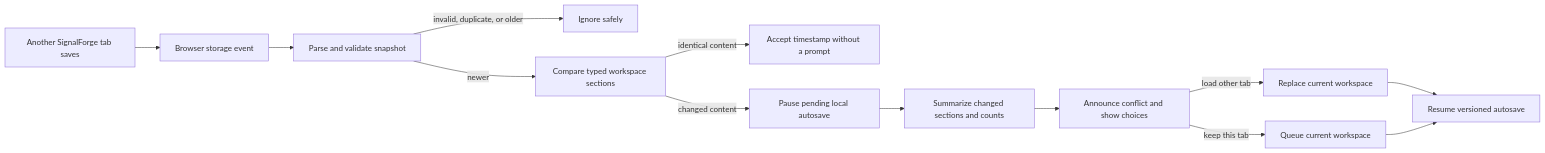
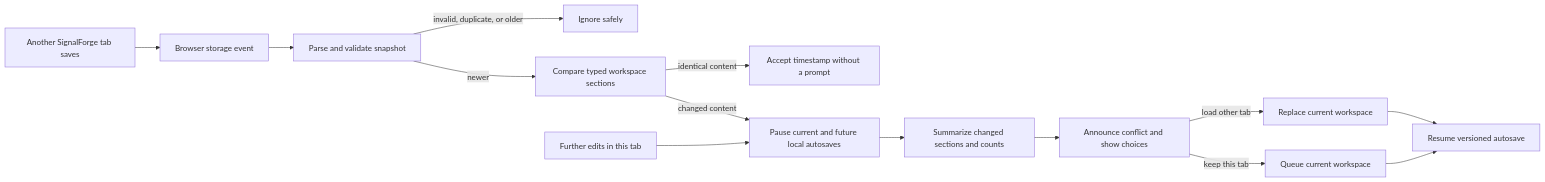
Before and after one commit to ASKR04/JavaScript: diagram 14 of 15 in signalforge/docs/architecture.md, drawn with Mermaid. The commit also changed other lines of this file and 6 other files, not shown here.

````diff
--- a/signalforge/docs/architecture.md
+++ b/signalforge/docs/architecture.md
@@ -272,15 +275,16 @@
 ```mermaid
 flowchart LR
     OtherTab["Another SignalForge tab saves"] --> Event["Browser storage event"]
     Event --> Parse["Parse and validate snapshot"]
     Parse -->|invalid, duplicate, or older| Ignore["Ignore safely"]
     Parse -->|newer| Compare["Compare typed workspace sections"]
     Compare -->|identical content| Reconcile["Accept timestamp without a prompt"]
-    Compare -->|changed content| Pause["Pause pending local autosave"]
+    Compare -->|changed content| Pause["Pause current and future local autosaves"]
+    Edit["Further edits in this tab"] --> Pause
     Pause --> Summary["Summarize changed sections and counts"]
     Summary --> Alert["Announce conflict and show choices"]
     Alert -->|load other tab| Replace["Replace current workspace"]
     Alert -->|keep this tab| Requeue["Queue current workspace"]
     Replace --> Autosave["Resume versioned autosave"]
     Requeue --> Autosave
 ```
````
